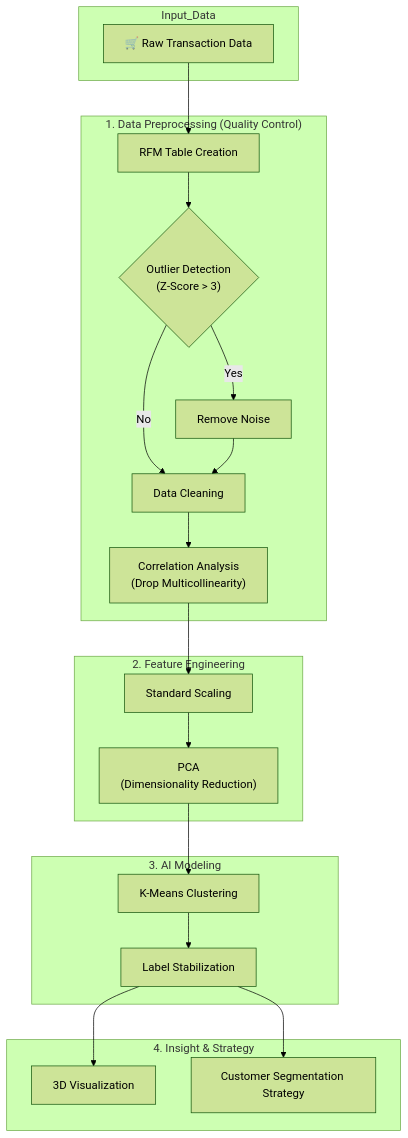
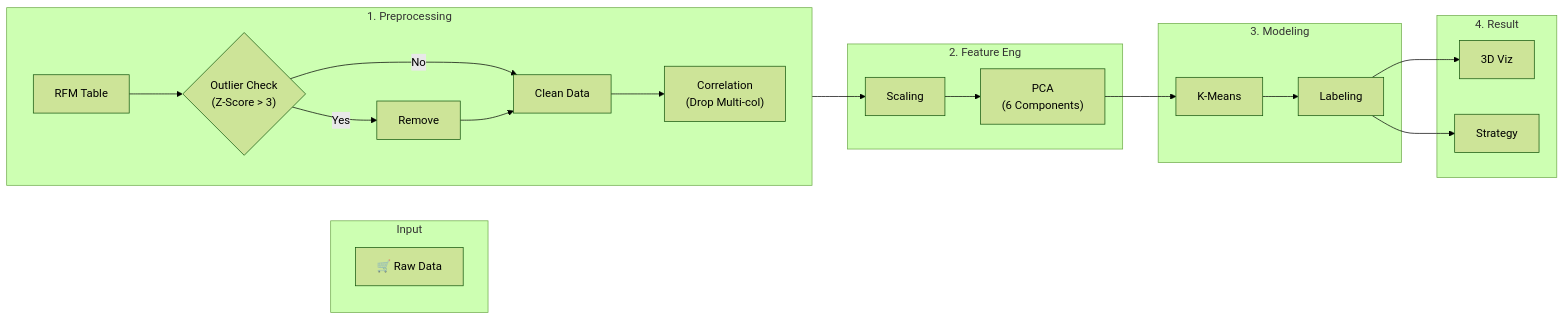
One commit to Chankyu99/Customer_Segmentation_RFM changed the diagram in README.md. Above: the diagram before and after it, drawn with Mermaid (forest theme).

````diff
--- a/README.md
+++ b/README.md
@@ -2,31 +2,30 @@
 ```mermaid
-graph TD
-    subgraph Input_Data
-    A[🛒 Raw Transaction Data]
+graph LR
+    subgraph Input
+    A[🛒 Raw Data]
     end
 
-    subgraph Data_Preprocessing["1. Data Preprocessing (Quality Control)"]
-    B[RFM Table Creation] --> C{"Outlier Detection<br>(Z-Score > 3)"}
-    C -- Yes --> D[Remove Noise]
-    C -- No --> E[Data Cleaning]
-    E --> F["Correlation Analysis<br>(Drop Multicollinearity)"]
+    subgraph Preprocessing ["1. Preprocessing"]
+    direction LR
+    B[RFM Table] --> C{"Outlier Check<br>(Z-Score > 3)"}
+    C -- Yes --> D[Remove]
+    C -- No --> E[Clean Data]
+    D --> E
+    E --> F["Correlation<br>(Drop Multi-col)"]
     end
 
-    subgraph Feature_Engineering["2. Feature Engineering"]
-    G[Standard Scaling] --> H["PCA <br>(Dimensionality Reduction)"]
+    subgraph Feature ["2. Feature Eng"]
+    F --> G[Scaling]
+    G --> H["PCA<br>(6 Components)"]
     end
 
-    subgraph Modeling["3. AI Modeling"]
-    H --> I[K-Means Clustering]
-    I --> J[Label Stabilization]
+    subgraph Modeling ["3. Modeling"]
+    H --> I[K-Means]
+    I --> J[Labeling]
     end
 
-    subgraph Output["4. Insight & Strategy"]
-    J --> K[3D Visualization]
-    J --> L[Customer Segmentation Strategy]
+    subgraph Output ["4. Result"]
+    J --> K[3D Viz]
+    J --> L[Strategy]
     end
-
-    A --> B
-    D --> E
-    F --> G
 ```
````
